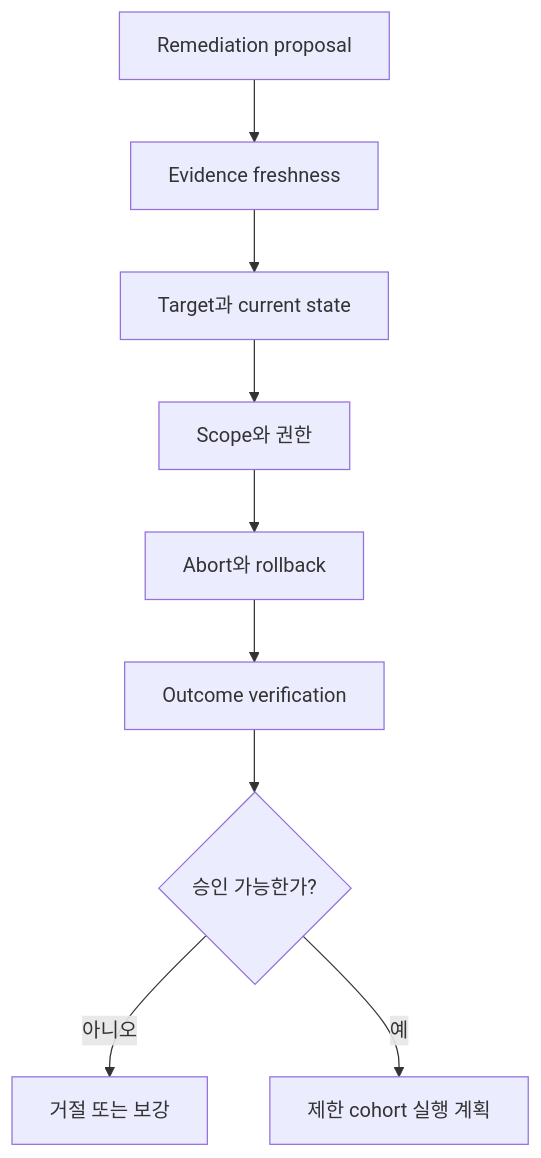
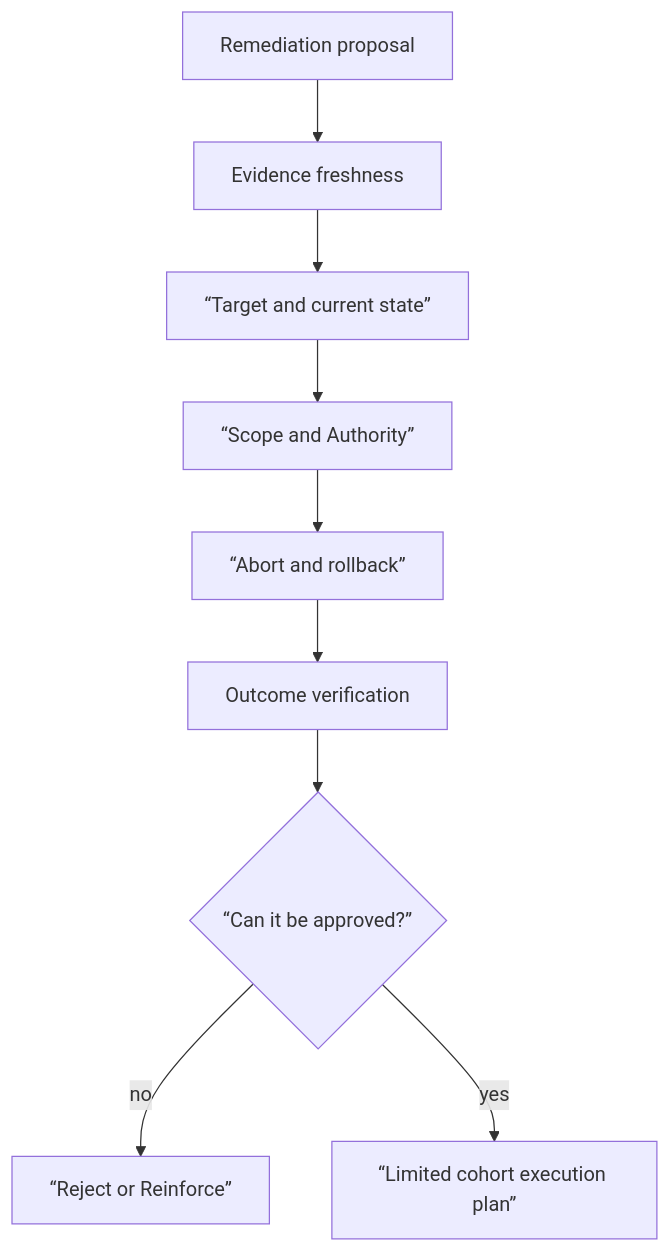
The diagram in docs-site/content/aiops-remediation/02-remediation-dry-run-lab.md (nohdol97/nohdol-study), drawn with Mermaid before and after one commit. The commit also changed other lines of this file and 116 other files, not shown here.

````diff
--- a/docs-site/content/aiops-remediation/02-remediation-dry-run-lab.md
+++ b/docs-site/content/aiops-remediation/02-remediation-dry-run-lab.md
@@ -19,11 +19,11 @@
 ```mermaid
 flowchart TB
   P["Remediation proposal"] --> F["Evidence freshness"]
-  F --> T["Target과 current state"]
-  T --> S["Scope와 권한"]
-  S --> A["Abort와 rollback"]
+  F --> T[“Target and current state”]
+  T --> S[“Scope and Authority”]
+  S --> A[“Abort and rollback”]
   A --> V["Outcome verification"]
-  V --> D{"승인 가능한가?"}
-  D -->|"아니오"| R["거절 또는 보강"]
-  D -->|"예"| C["제한 cohort 실행 계획"]
+  V --> D{“Can it be approved?”}
+  D -->|"no"| R[“Reject or Reinforce”]
+  D -->|"yes"| C[“Limited cohort execution plan”]
 ```
````
